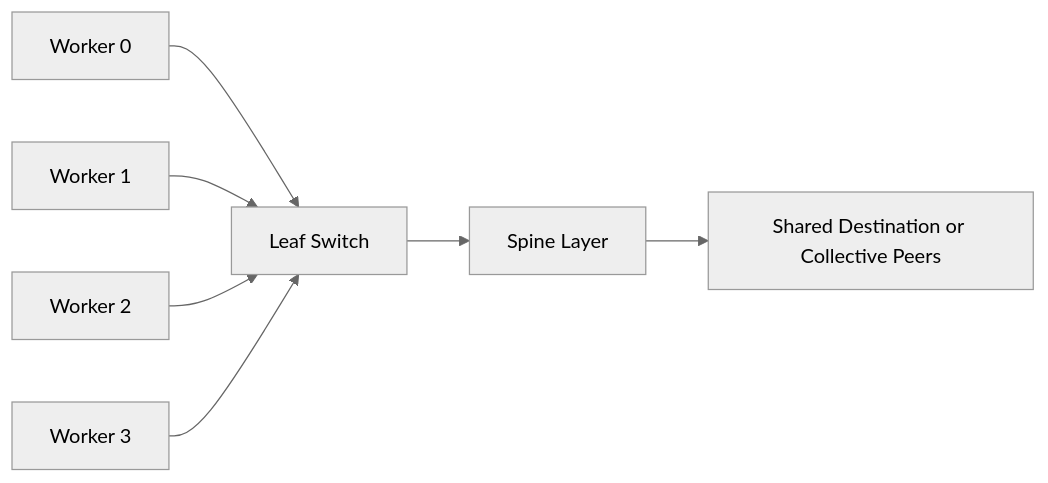
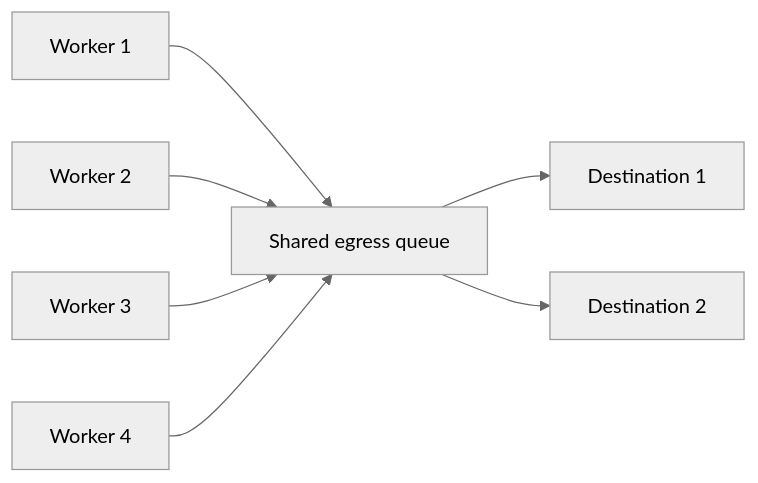
The first of 3 diagrams in docs/nvidia-zero-to-hero/volume-09/chapter-01-why-ethernet-for-ai-is-different.md (jithinpnjm/nvidia-devops), drawn with Mermaid (neutral theme) before and after one commit. The commit also changed other lines of this file, not shown here.

````diff
--- a/docs/nvidia-zero-to-hero/volume-09/chapter-01-why-ethernet-for-ai-is-different.md
+++ b/docs/nvidia-zero-to-hero/volume-09/chapter-01-why-ethernet-for-ai-is-different.md
@@ -32,16 +42,9 @@
 ```mermaid
 flowchart LR
-    W0[Worker 0]
-    W1[Worker 1]
-    W2[Worker 2]
-    W3[Worker 3]
-    Leaf[Leaf Switch]
-    Spine[Spine Layer]
-    Dest[Shared Destination or Collective Peers]
-
-    W0 --> Leaf
-    W1 --> Leaf
-    W2 --> Leaf
-    W3 --> Leaf
-    Leaf --> Spine --> Dest
+    W1[Worker 1] --> Q[Shared egress queue]
+    W2[Worker 2] --> Q
+    W3[Worker 3] --> Q
+    W4[Worker 4] --> Q
+    Q --> D1[Destination 1]
+    Q --> D2[Destination 2]
 ```
````
